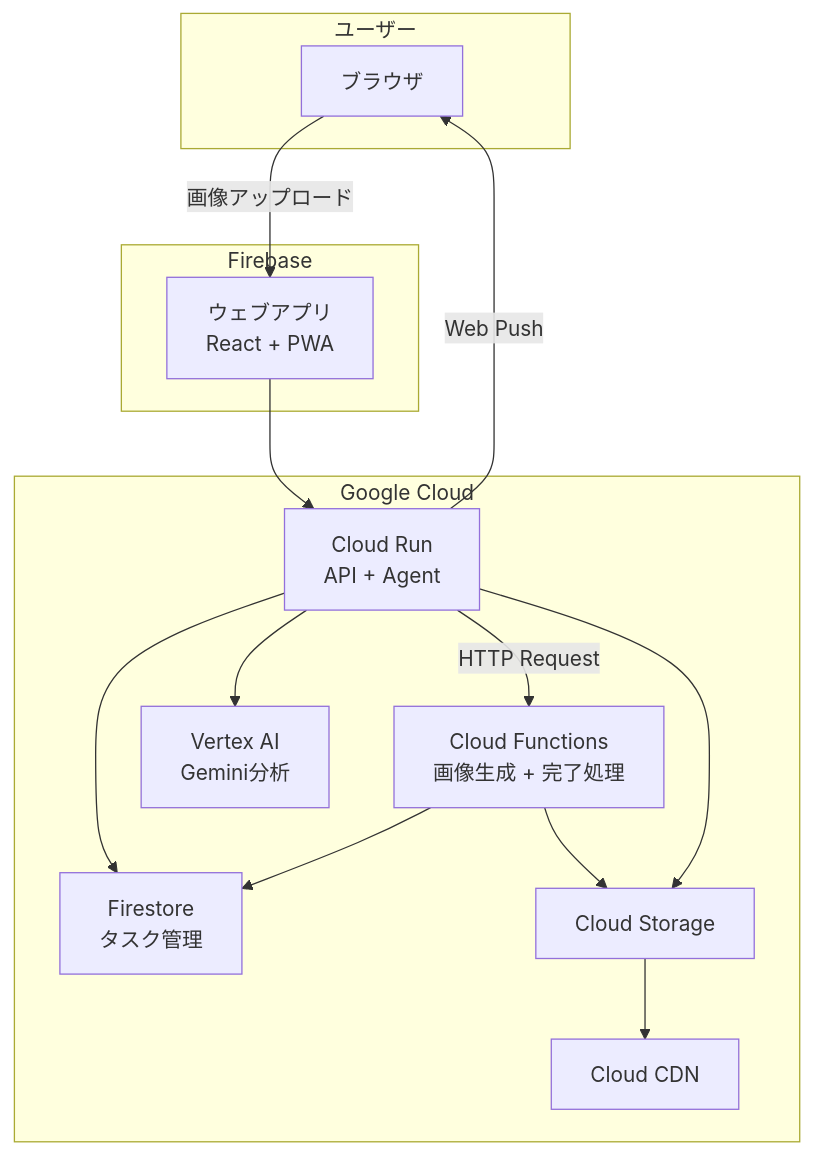
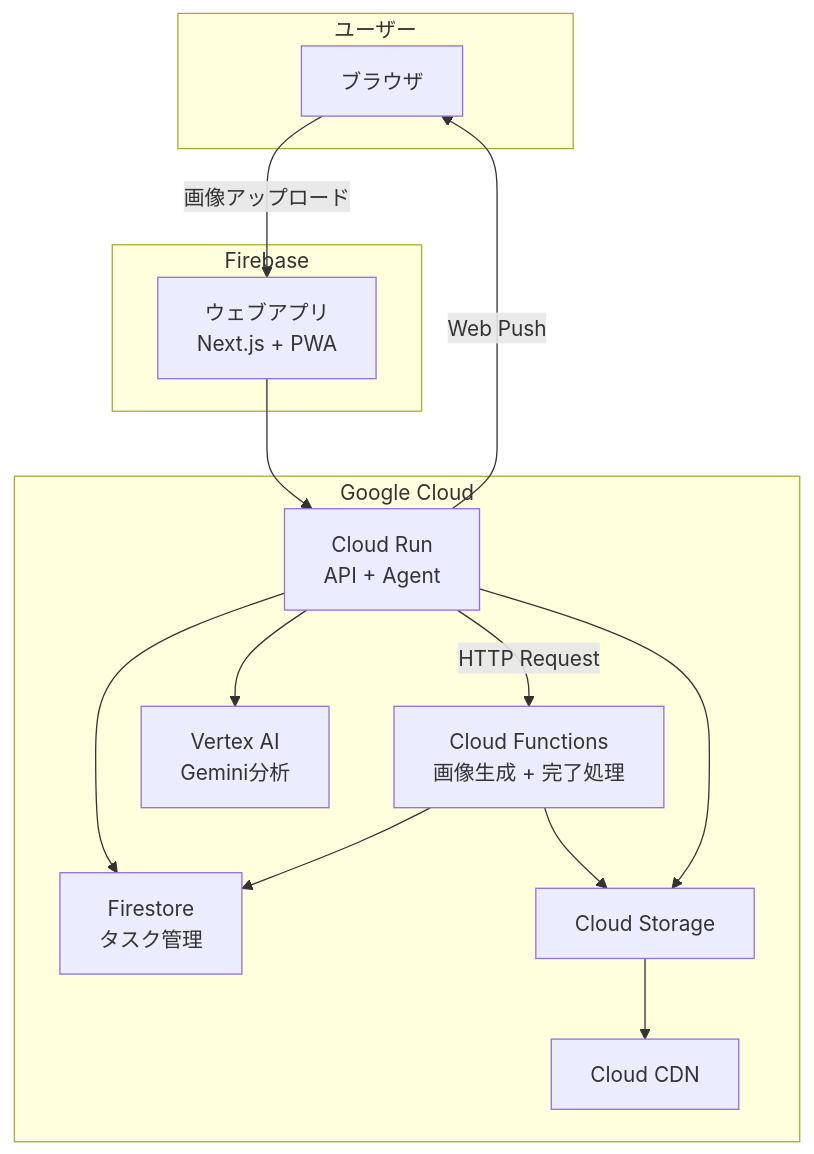
Before and after one commit to nuance-sudo/drawing-practice-agent-gch4: the diagram in README.md, drawn with Mermaid. The commit also changed other lines of this file and 5 other files, not shown here.

````diff
--- a/README.md
+++ b/README.md
@@ -38,24 +59,24 @@
 ```mermaid
 flowchart TB
     subgraph User["ユーザー"]
         A[ブラウザ]
     end
 
     subgraph Firebase["Firebase"]
-        B[ウェブアプリ<br/>React + PWA]
+        B[ウェブアプリ<br/>Next.js + PWA]
     end
 
     subgraph GCP["Google Cloud"]
         C[Cloud Storage] --> D[Cloud CDN]
         F[Cloud Run<br/>API + Agent] --> G[Firestore<br/>タスク管理]
         F --> H[Vertex AI<br/>Gemini分析]
         F -->|HTTP Request| I[Cloud Functions<br/>画像生成 + 完了処理]
         I --> G
         I --> C
     end
 
     A -->|画像アップロード| B
     B --> F
     F --> C
     F -->|Web Push| A
 ```
````
